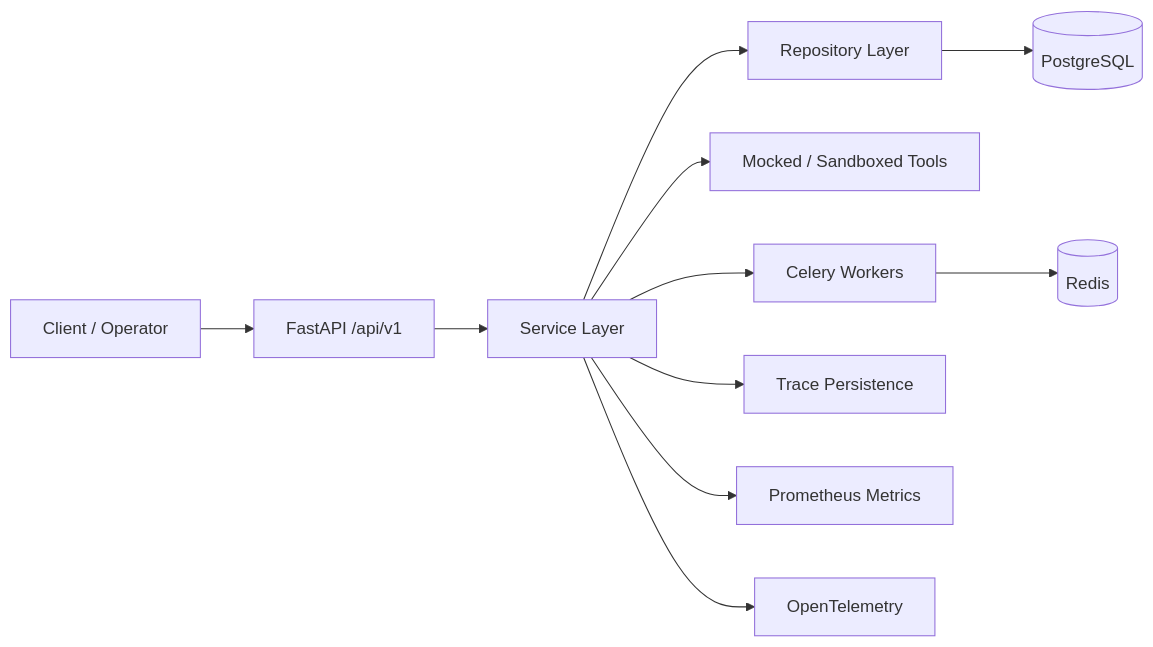
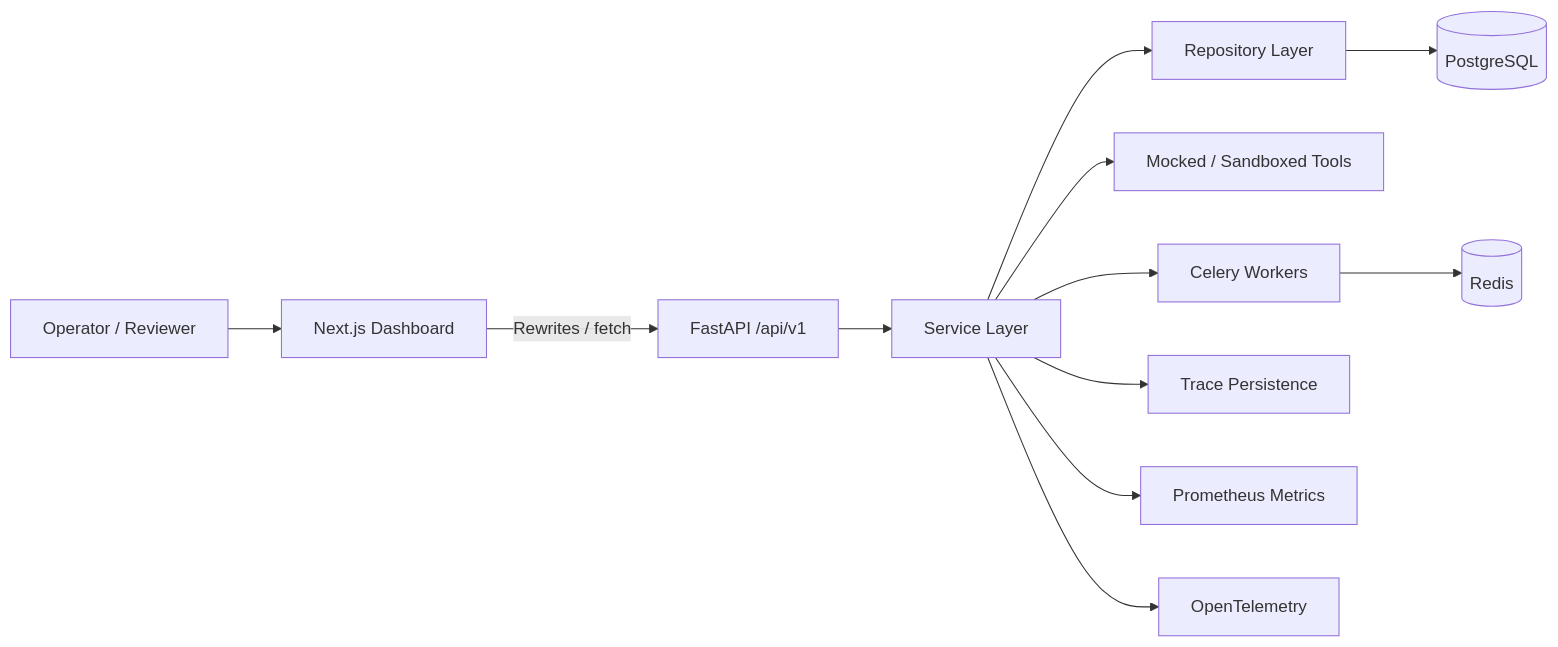
The diagram in README.md (vandanarangaswamyy/ai-agent-control-plane), drawn with Mermaid before and after one commit. The commit also changed other lines of this file and 56 other files, not shown here.

````diff
--- a/README.md
+++ b/README.md
@@ -23,13 +38,14 @@
 ```mermaid
 flowchart LR
-    Client[Client / Operator] --> API[FastAPI /api/v1]
+    User[Operator / Reviewer] --> UI[Next.js Dashboard]
+    UI -->|Rewrites / fetch| API[FastAPI /api/v1]
     API --> Services[Service Layer]
     Services --> Repos[Repository Layer]
     Repos --> DB[(PostgreSQL)]
     Services --> Tools[Mocked / Sandboxed Tools]
-    Services --> Celery[Celery Workers]
-    Celery --> Redis[(Redis)]
+    Services --> Workers[Celery Workers]
+    Workers --> Redis[(Redis)]
     Services --> Traces[Trace Persistence]
     Services --> Metrics[Prometheus Metrics]
     Services --> OTel[OpenTelemetry]
 ```
````
